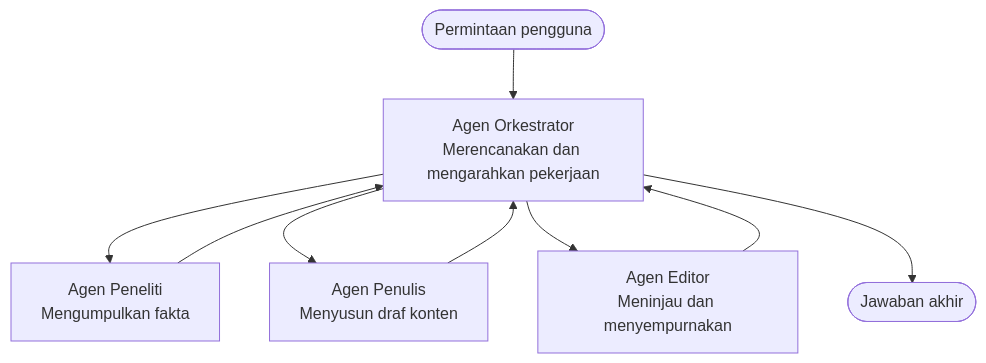
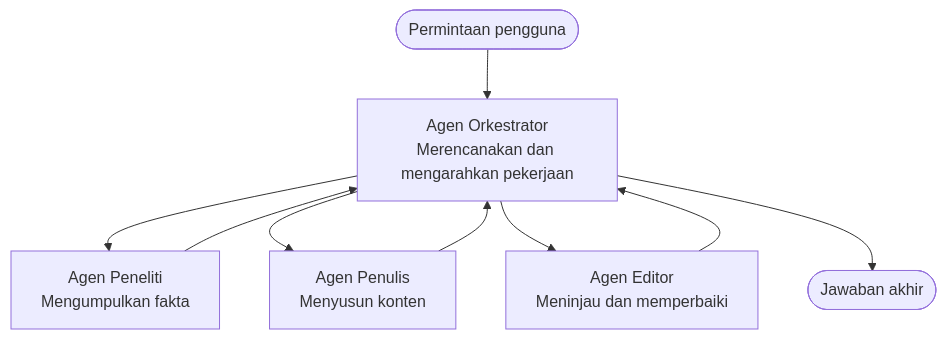
One commit to microsoft/AZD-for-beginners changed the diagram in translations/id/docs/chapter-05-multi-agent/multi-agent-basics.md. Above: the diagram before and after it, drawn with Mermaid. The commit also changed other lines of this file and 58 other files, not shown here.

````diff
--- a/translations/id/docs/chapter-05-multi-agent/multi-agent-basics.md
+++ b/translations/id/docs/chapter-05-multi-agent/multi-agent-basics.md
@@ -43,11 +43,11 @@
 ```mermaid
 graph TD
     User([Permintaan pengguna]) --> Orchestrator[Agen Orkestrator<br/>Merencanakan dan mengarahkan pekerjaan]
     Orchestrator --> Researcher[Agen Peneliti<br/>Mengumpulkan fakta]
-    Orchestrator --> Writer[Agen Penulis<br/>Menyusun draf konten]
-    Orchestrator --> Editor[Agen Editor<br/>Meninjau dan menyempurnakan]
+    Orchestrator --> Writer[Agen Penulis<br/>Menyusun konten]
+    Orchestrator --> Editor[Agen Editor<br/>Meninjau dan memperbaiki]
     Researcher --> Orchestrator
     Writer --> Orchestrator
     Editor --> Orchestrator
     Orchestrator --> Result([Jawaban akhir])
 ```
````
